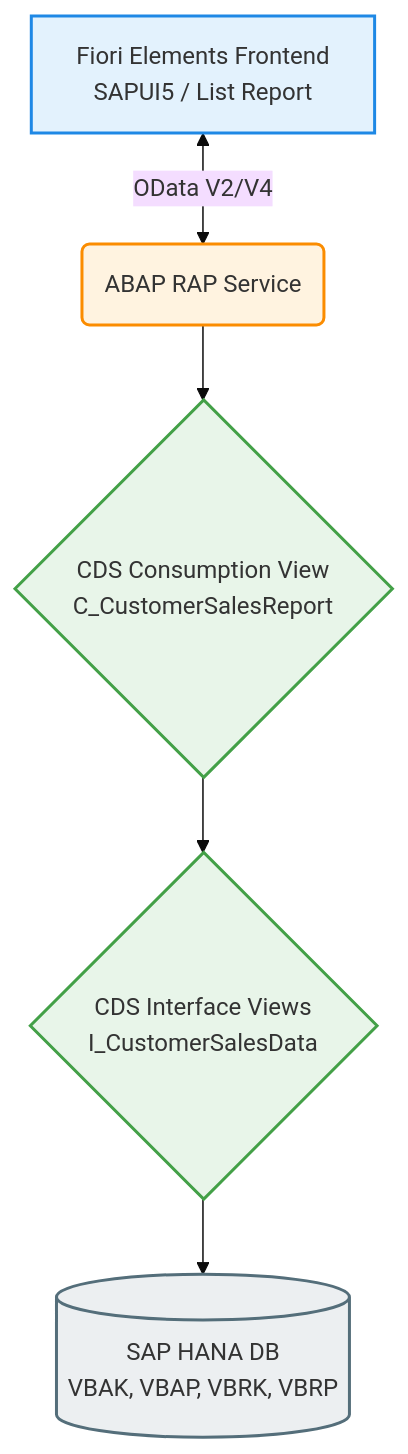
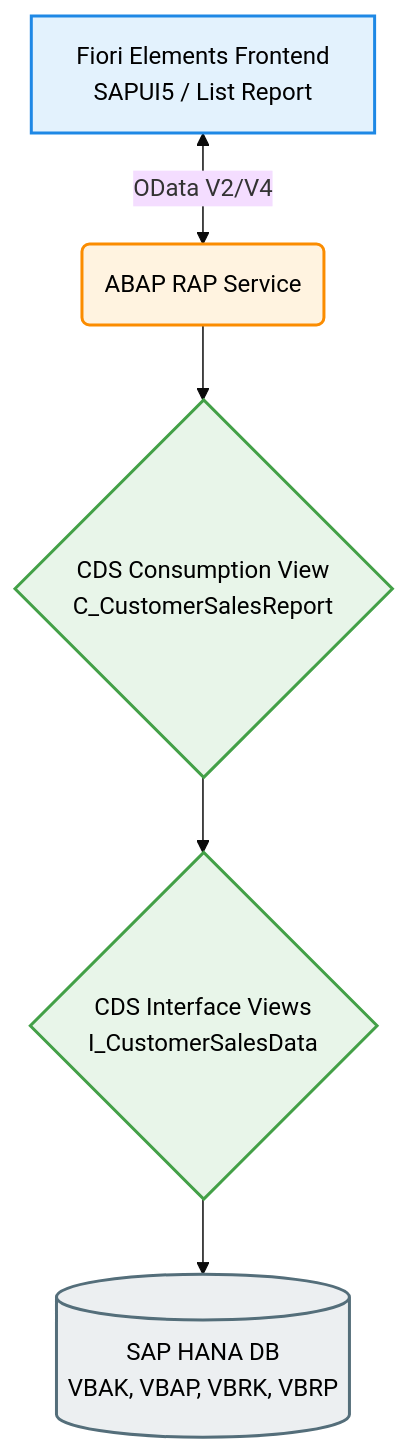
One commit to lalitsonawane/SpecDriven-Abap-Report changed the first of 2 diagrams in README.md. Above: the diagram before and after it, drawn with Mermaid (base theme). The commit also changed other lines of this file, not shown here.

Commit message:
style: add explicit black text color to Mermaid diagram nodes in README

````diff
--- a/README.md
+++ b/README.md
@@ -23,13 +23,13 @@
 ```mermaid
 graph TD
     A[Fiori Elements Frontend<br>SAPUI5 / List Report] <-->|OData V2/V4| B(ABAP RAP Service)
     B --> C{CDS Consumption View<br>C_CustomerSalesReport}
     C --> D{CDS Interface Views<br>I_CustomerSalesData}
     D --> E[(SAP HANA DB<br>VBAK, VBAP, VBRK, VBRP)]
     
-    style A fill:#e3f2fd,stroke:#1e88e5,stroke-width:2px
-    style B fill:#fff3e0,stroke:#fb8c00,stroke-width:2px
-    style C fill:#e8f5e9,stroke:#43a047,stroke-width:2px
-    style D fill:#e8f5e9,stroke:#43a047,stroke-width:2px
-    style E fill:#eceff1,stroke:#546e7a,stroke-width:2px
+    style A fill:#e3f2fd,stroke:#1e88e5,stroke-width:2px,color:#000
+    style B fill:#fff3e0,stroke:#fb8c00,stroke-width:2px,color:#000
+    style C fill:#e8f5e9,stroke:#43a047,stroke-width:2px,color:#000
+    style D fill:#e8f5e9,stroke:#43a047,stroke-width:2px,color:#000
+    style E fill:#eceff1,stroke:#546e7a,stroke-width:2px,color:#000
 ```
````
